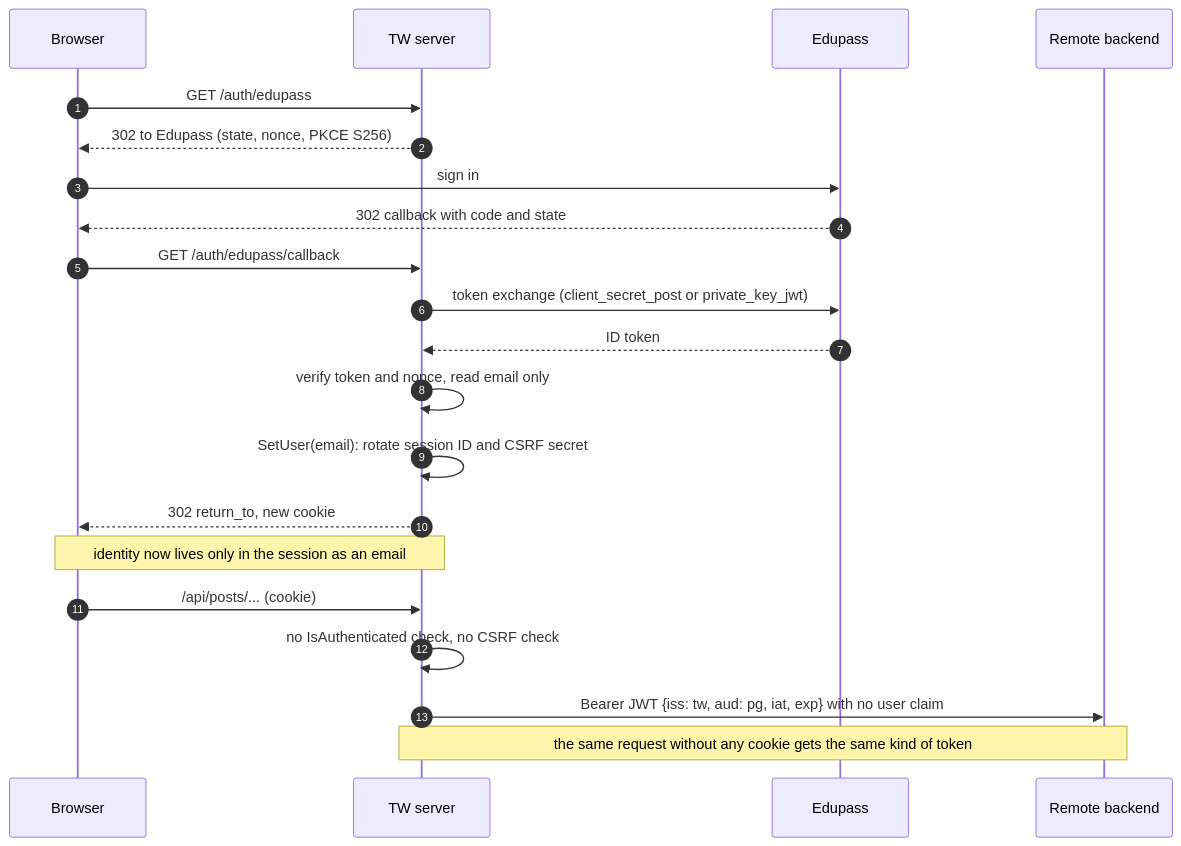
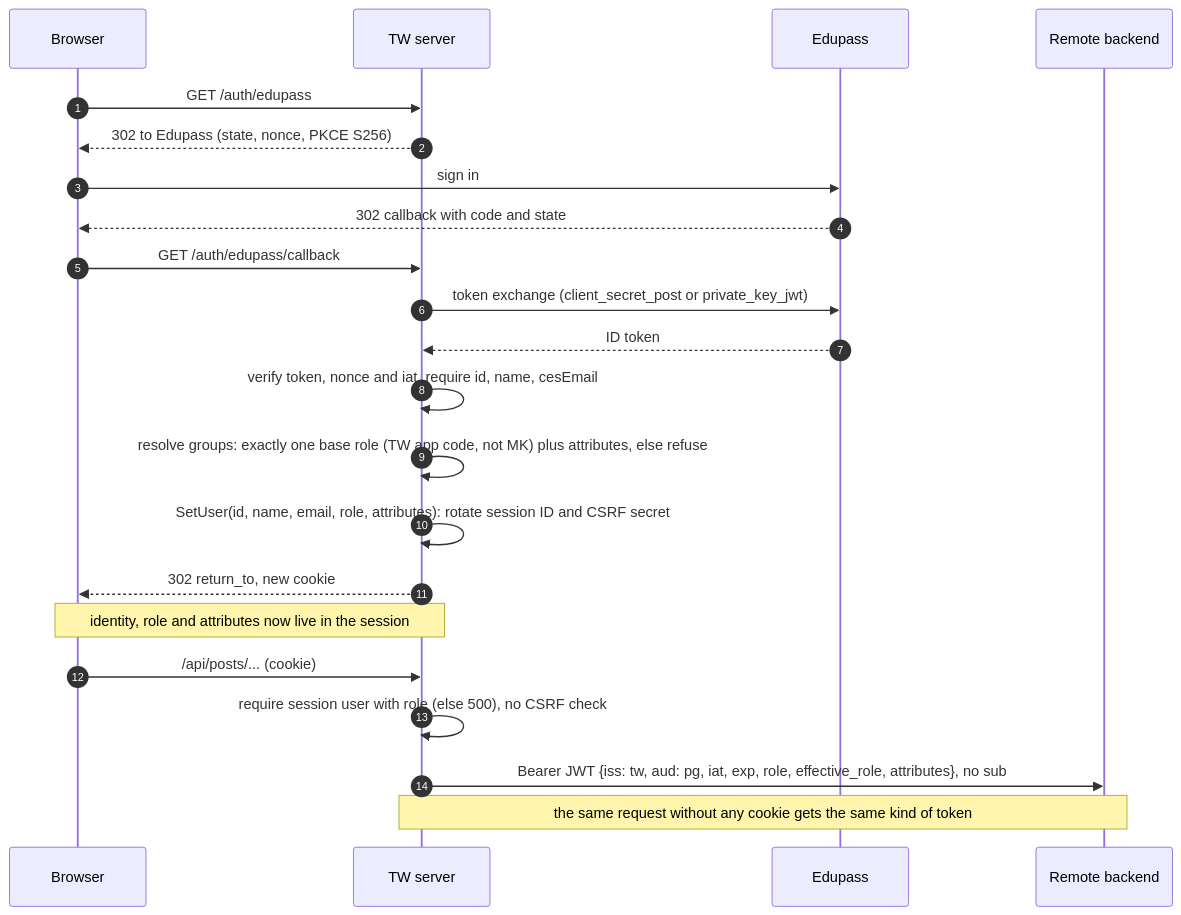
The second of 2 diagrams in docs/engineering-onboarding/07-security-and-auth.md (fatin-suhaimi/teacher-workspace), drawn with Mermaid before and after one commit. The commit also changed other lines of this file and 25 other files, not shown here.

````diff
--- a/docs/engineering-onboarding/07-security-and-auth.md
+++ b/docs/engineering-onboarding/07-security-and-auth.md
@@ -48,23 +48,24 @@
 ```mermaid
 sequenceDiagram
     autonumber
     participant B as Browser
     participant TW as TW server
     participant E as Edupass
     participant BE as Remote backend
     B->>TW: GET /auth/edupass
     TW-->>B: 302 to Edupass (state, nonce, PKCE S256)
     B->>E: sign in
     E-->>B: 302 callback with code and state
     B->>TW: GET /auth/edupass/callback
     TW->>E: token exchange (client_secret_post or private_key_jwt)
     E-->>TW: ID token
-    TW->>TW: verify token and nonce, read email only
-    TW->>TW: SetUser(email): rotate session ID and CSRF secret
+    TW->>TW: verify token, nonce and iat, require id, name, cesEmail
+    TW->>TW: resolve groups: exactly one base role (TW app code, not MK) plus attributes, else refuse
+    TW->>TW: SetUser(id, name, email, role, attributes): rotate session ID and CSRF secret
     TW-->>B: 302 return_to, new cookie
-    Note over B,TW: identity now lives only in the session as an email
+    Note over B,TW: identity, role and attributes now live in the session
     B->>TW: /api/posts/... (cookie)
-    TW->>TW: no IsAuthenticated check, no CSRF check
-    TW->>BE: Bearer JWT {iss: tw, aud: pg, iat, exp} with no user claim
+    TW->>TW: require session user with role (else 500), no CSRF check
+    TW->>BE: Bearer JWT {iss: tw, aud: pg, iat, exp, role, effective_role, attributes}, no sub
     Note over TW,BE: the same request without any cookie gets the same kind of token
 ```
````
